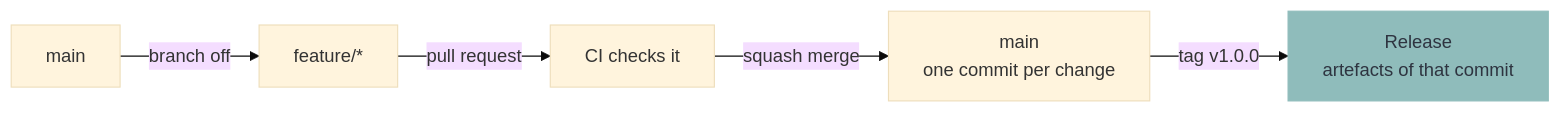
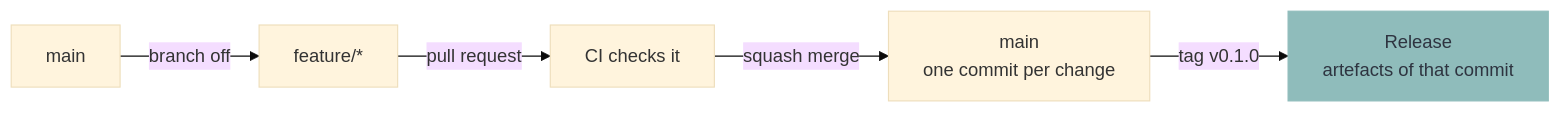
The first of 2 diagrams in docs/CONTRIBUTING.md (murkl/oak), drawn with Mermaid (base theme) before and after one commit. The commit also changed other lines of this file and 53 other files, not shown here.

````diff
--- a/docs/CONTRIBUTING.md
+++ b/docs/CONTRIBUTING.md
@@ -9,9 +9,9 @@
 ```mermaid
 flowchart LR
     M["main"] -->|branch off| F["feature/*"]
     F -->|pull request| C["CI checks it"]
     C -->|squash merge| M2["main<br/>one commit per change"]
-    M2 -->|tag v1.0.0| R["Release<br/>artefacts of that commit"]
+    M2 -->|tag v0.1.0| R["Release<br/>artefacts of that commit"]
 
     style R fill:#8fbcbb,stroke:#8fbcbb,color:#2e3440
 ```
````
